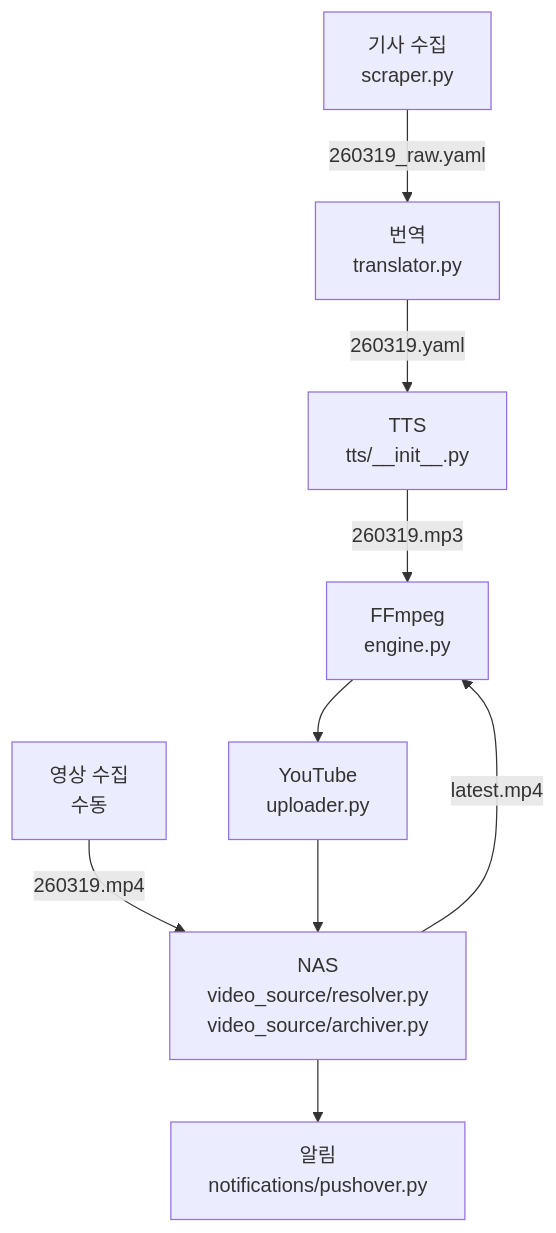
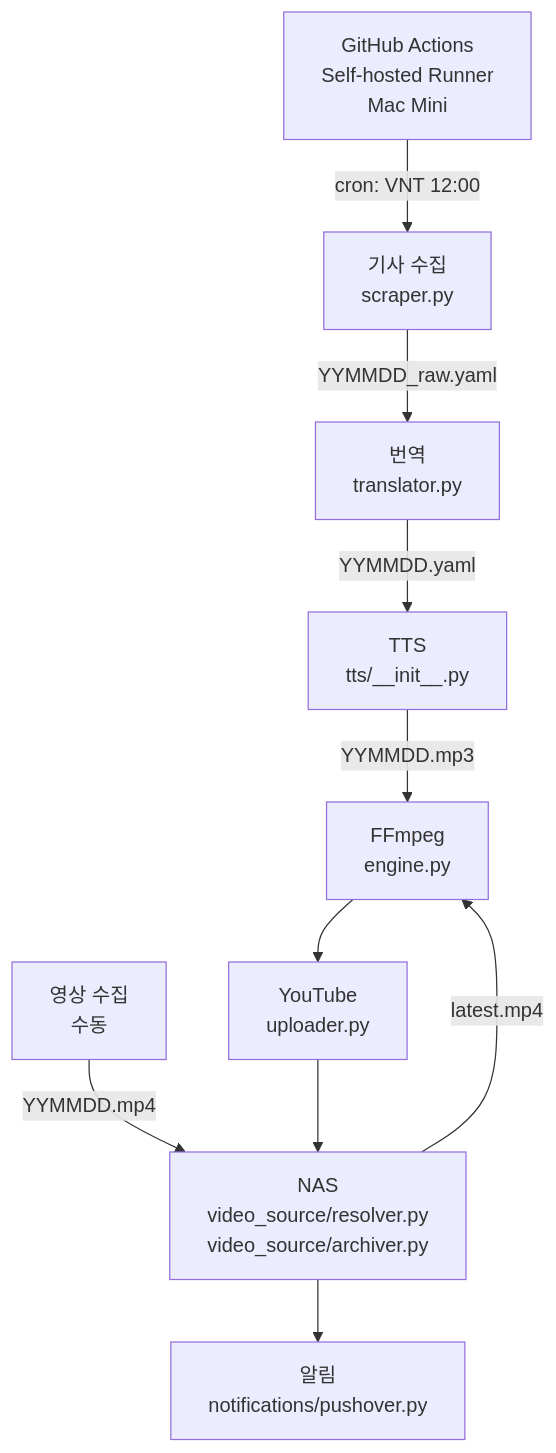
Before and after one commit to deuxksy/today-vn-news: the diagram in README.md, drawn with Mermaid. The commit also changed other lines of this file, not shown here.

First line of the commit message:
docs: README 아키텍처 다이어그램에 CI/CD 섹션 추가

````diff
--- a/README.md
+++ b/README.md
@@ -10,13 +10,14 @@
 ```mermaid
 graph TD
-    SCRAPE[기사 수집<br/>scraper.py] -->|260319_raw.yaml| TRANSLATE[번역<br/>translator.py]
-    TRANSLATE -->|260319.yaml| TTS[TTS<br/>tts/__init__.py]
-    TTS -->|260319.mp3| FFMPEG[FFmpeg<br/>engine.py]
+    SCHEDULE[GitHub Actions<br/>Self-hosted Runner<br/>Mac Mini] -->|cron: VNT 12:00| SCRAPE
+    SCRAPE[기사 수집<br/>scraper.py] -->|YYMMDD_raw.yaml| TRANSLATE[번역<br/>translator.py]
+    TRANSLATE -->|YYMMDD.yaml| TTS[TTS<br/>tts/__init__.py]
+    TTS -->|YYMMDD.mp3| FFMPEG[FFmpeg<br/>engine.py]
 
-    VIDEO[영상 수집<br/>수동] -->|260319.mp4| NAS[NAS<br/>video_source/resolver.py<br/>video_source/archiver.py]
+    VIDEO[영상 수집<br/>수동] -->|YYMMDD.mp4| NAS[NAS<br/>video_source/resolver.py<br/>video_source/archiver.py]
     NAS -->|latest.mp4| FFMPEG
 
     FFMPEG --> YOUTUBE[YouTube<br/>uploader.py]
     YOUTUBE --> NAS
     NAS --> ALERT[알림<br/>notifications/pushover.py]
 ```
````
